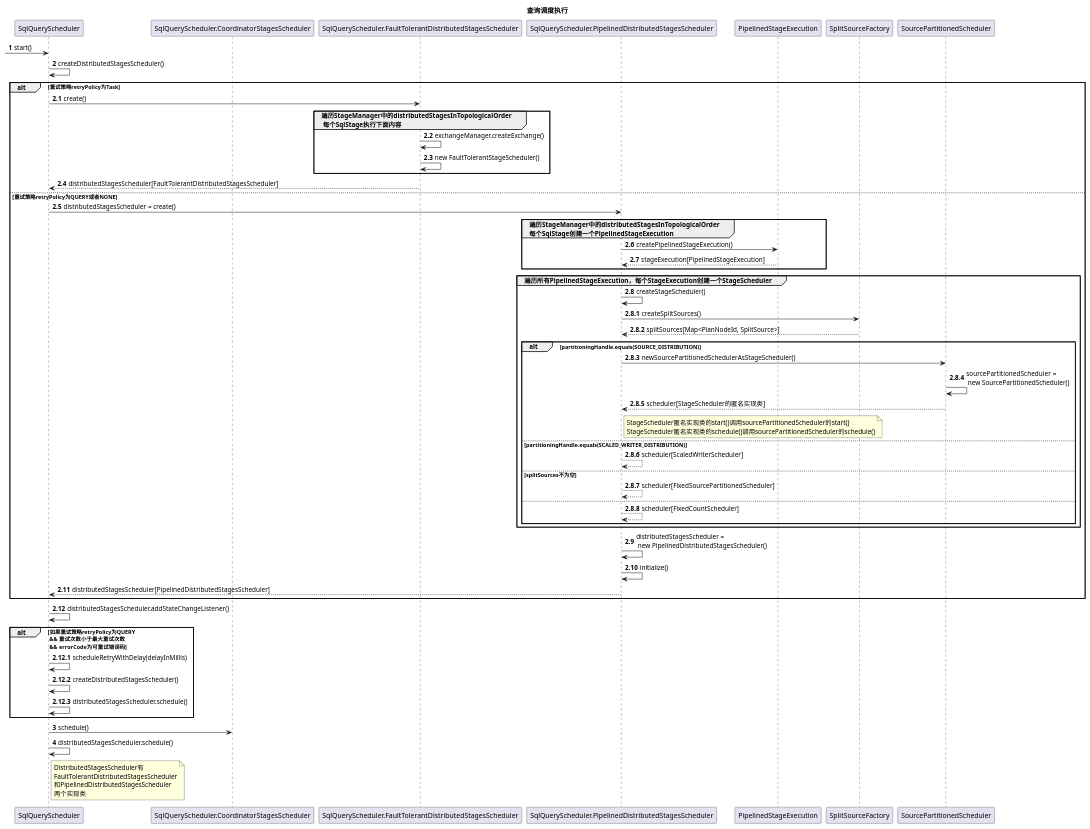
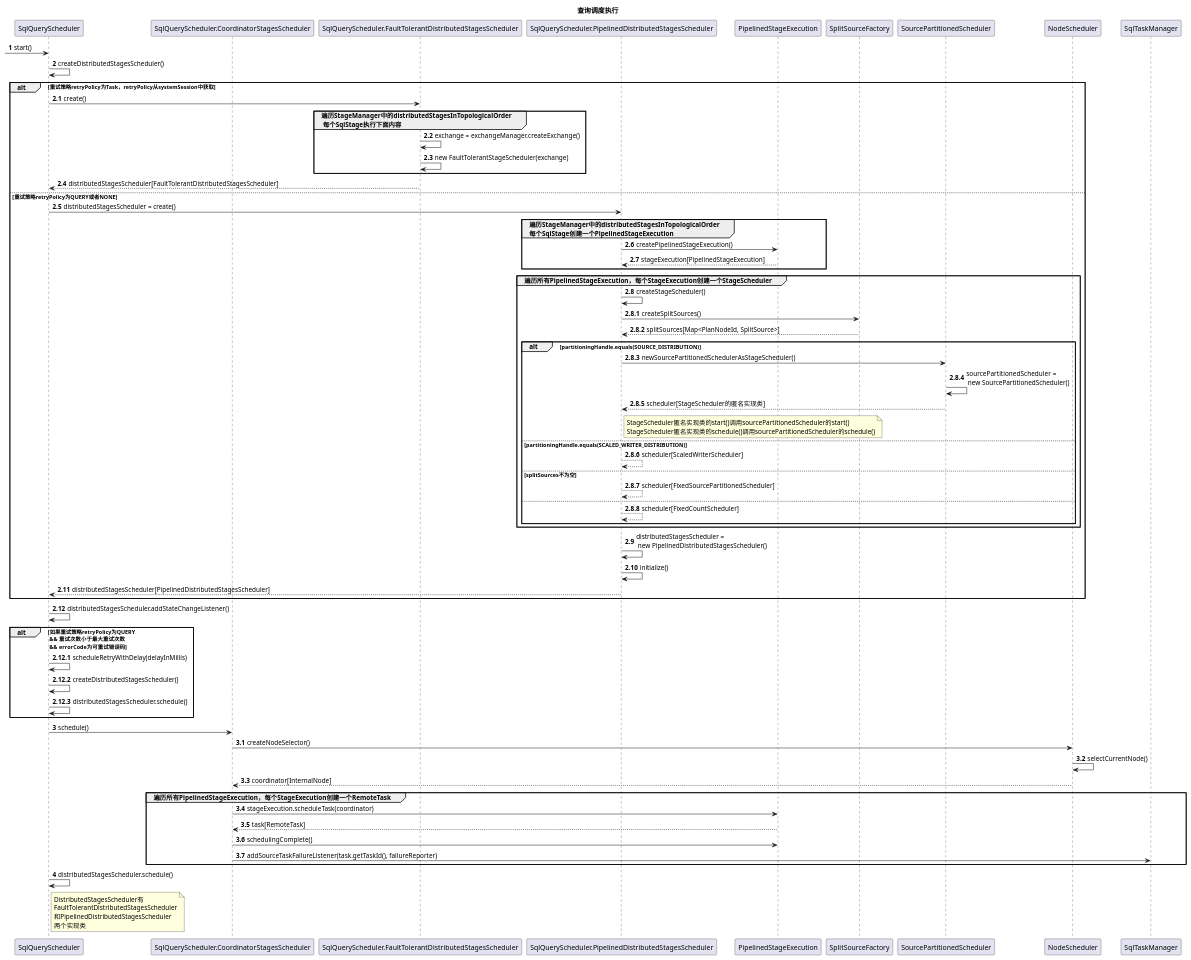
The second of 3 diagrams in trino/trino_query_scheduler.puml (pyh8023/study), drawn with PlantUML before and after one commit. The commit also changed other lines of this file, not shown here.

```diff
--- a/trino/trino_query_scheduler.puml
+++ b/trino/trino_query_scheduler.puml
@@ -49,71 +49,82 @@
 @startuml
 title 查询调度执行
 autonumber
  -> SqlQueryScheduler : start()
 participant SqlQueryScheduler.CoordinatorStagesScheduler as CoordinatorStagesScheduler
 participant SqlQueryScheduler.FaultTolerantDistributedStagesScheduler as FaultTolerantDistributedStagesScheduler
 participant SqlQueryScheduler.PipelinedDistributedStagesScheduler as PipelinedDistributedStagesScheduler
 SqlQueryScheduler -> SqlQueryScheduler : createDistributedStagesScheduler()
 
 autonumber 2.1
-alt 重试策略retryPolicy为Task
+alt 重试策略retryPolicy为Task，retryPolicy从systemSession中获取
     SqlQueryScheduler -> FaultTolerantDistributedStagesScheduler : create()
     group  遍历StageManager中的distributedStagesInTopologicalOrder\n 每个SqlStage执行下面内容
-        FaultTolerantDistributedStagesScheduler -> FaultTolerantDistributedStagesScheduler : exchangeManager.createExchange()
-        FaultTolerantDistributedStagesScheduler -> FaultTolerantDistributedStagesScheduler : new FaultTolerantStageScheduler()
+        FaultTolerantDistributedStagesScheduler -> FaultTolerantDistributedStagesScheduler : exchange = exchangeManager.createExchange()
+        FaultTolerantDistributedStagesScheduler -> FaultTolerantDistributedStagesScheduler : new FaultTolerantStageScheduler(exchange)
     end
     SqlQueryScheduler <-- FaultTolerantDistributedStagesScheduler : distributedStagesScheduler[FaultTolerantDistributedStagesScheduler]
 else 重试策略retryPolicy为QUERY或者NONE
     SqlQueryScheduler -> PipelinedDistributedStagesScheduler : distributedStagesScheduler = create()
     group 遍历StageManager中的distributedStagesInTopologicalOrder\n每个SqlStage创建一个PipelinedStageExecution
         PipelinedDistributedStagesScheduler -> PipelinedStageExecution : createPipelinedStageExecution()
         PipelinedDistributedStagesScheduler <-- PipelinedStageExecution : stageExecution[PipelinedStageExecution]
     end
 
     group 遍历所有PipelinedStageExecution，每个StageExecution创建一个StageScheduler
         PipelinedDistributedStagesScheduler -> PipelinedDistributedStagesScheduler : createStageScheduler()
         autonumber 2.8.1
         PipelinedDistributedStagesScheduler -> SplitSourceFactory : createSplitSources()
         return splitSources[Map<PlanNodeId, SplitSource>]
         alt partitioningHandle.equals(SOURCE_DISTRIBUTION)
             PipelinedDistributedStagesScheduler -> SourcePartitionedScheduler : newSourcePartitionedSchedulerAsStageScheduler()
             SourcePartitionedScheduler -> SourcePartitionedScheduler : sourcePartitionedScheduler  =  \n new SourcePartitionedScheduler()
             SourcePartitionedScheduler --> PipelinedDistributedStagesScheduler :  scheduler[StageScheduler的匿名实现类]
             note right of PipelinedDistributedStagesScheduler
                 StageScheduler匿名实现类的start()调用sourcePartitionedScheduler的start()
                 StageScheduler匿名实现类的schedule()调用sourcePartitionedScheduler的schedule()
             end note
         else partitioningHandle.equals(SCALED_WRITER_DISTRIBUTION)
             PipelinedDistributedStagesScheduler --> PipelinedDistributedStagesScheduler :  scheduler[ScaledWriterScheduler]
         else splitSources不为空
             PipelinedDistributedStagesScheduler --> PipelinedDistributedStagesScheduler : scheduler[FixedSourcePartitionedScheduler]
         else
             PipelinedDistributedStagesScheduler --> PipelinedDistributedStagesScheduler :  scheduler[FixedCountScheduler]
         end
     end
 
     autonumber 2.9
     PipelinedDistributedStagesScheduler -> PipelinedDistributedStagesScheduler : distributedStagesScheduler = \n new PipelinedDistributedStagesScheduler()
     PipelinedDistributedStagesScheduler -> PipelinedDistributedStagesScheduler : initialize()
     SqlQueryScheduler <-- PipelinedDistributedStagesScheduler : distributedStagesScheduler[PipelinedDistributedStagesScheduler]
 end
 
 
 SqlQueryScheduler -> SqlQueryScheduler : distributedStagesScheduler.addStateChangeListener()
 autonumber 2.12.1
 alt 如果重试策略retryPolicy为QUERY  \n &&  重试次数小于最大重试次数 \n &&  errorCode为可重试错误码
     SqlQueryScheduler -> SqlQueryScheduler : scheduleRetryWithDelay(delayInMillis)
     SqlQueryScheduler -> SqlQueryScheduler : createDistributedStagesScheduler()
     SqlQueryScheduler -> SqlQueryScheduler : distributedStagesScheduler.schedule()
 end
 
 autonumber 3
 SqlQueryScheduler -> CoordinatorStagesScheduler : schedule()
+autonumber 3.1
+CoordinatorStagesScheduler -> NodeScheduler : createNodeSelector()
+NodeScheduler -> NodeScheduler : selectCurrentNode()
+NodeScheduler --> CoordinatorStagesScheduler : coordinator[InternalNode]
+ group 遍历所有PipelinedStageExecution，每个StageExecution创建一个RemoteTask
+     CoordinatorStagesScheduler -> PipelinedStageExecution : stageExecution.scheduleTask(coordinator)
+     CoordinatorStagesScheduler <-- PipelinedStageExecution : task[RemoteTask]
+     CoordinatorStagesScheduler -> PipelinedStageExecution : schedulingComplete()
+     CoordinatorStagesScheduler -> SqlTaskManager : addSourceTaskFailureListener(task.getTaskId(), failureReporter)
+ end
+ autonumber 4
 SqlQueryScheduler -> SqlQueryScheduler : distributedStagesScheduler.schedule()
 note right of SqlQueryScheduler
     DistributedStagesScheduler有
     FaultTolerantDistributedStagesScheduler
     和PipelinedDistributedStagesScheduler
     两个实现类
 end note
 @enduml
```
